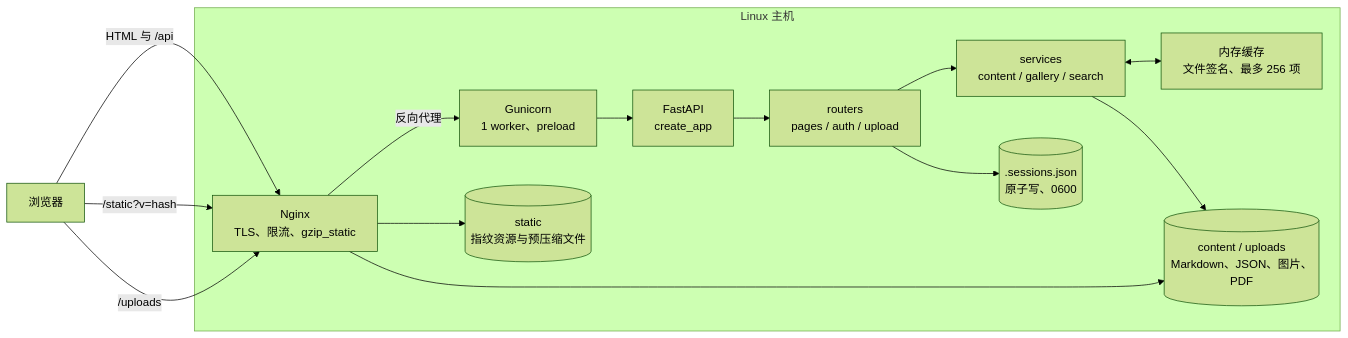
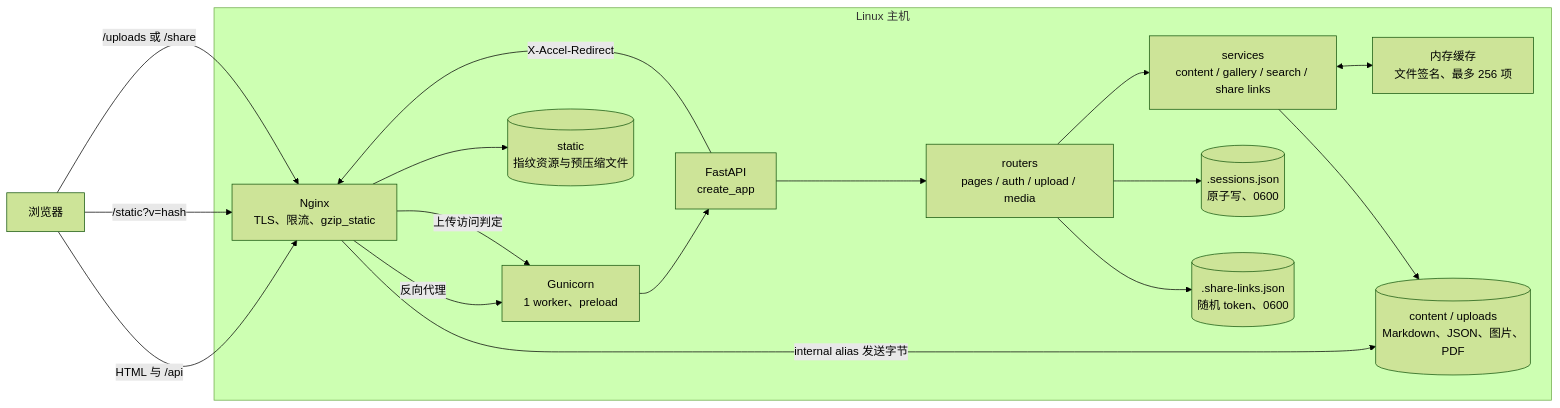
One commit to ForeverHYX/Homepage changed the first of 3 diagrams in docs/ARCHITECTURE.md. Above: the diagram before and after it, drawn with Mermaid (forest theme). The commit also changed other lines of this file and 33 other files, not shown here.

Commit message:
security: enforce private uploads with share links

````diff
--- a/docs/ARCHITECTURE.md
+++ b/docs/ARCHITECTURE.md
@@ -5,29 +5,33 @@
 ```mermaid
 flowchart LR
     Browser[浏览器]
 
     subgraph Host[Linux 主机]
         Nginx[Nginx<br/>TLS、限流、gzip_static]
         Gunicorn[Gunicorn<br/>1 worker、preload]
         FastAPI[FastAPI<br/>create_app]
-        Routers[routers<br/>pages / auth / upload]
-        Services[services<br/>content / gallery / search]
+        Routers[routers<br/>pages / auth / upload / media]
+        Services[services<br/>content / gallery / search / share links]
         Cache[内存缓存<br/>文件签名、最多 256 项]
         Static[(static<br/>指纹资源与预压缩文件)]
         Files[(content / uploads<br/>Markdown、JSON、图片、PDF)]
         Sessions[(.sessions.json<br/>原子写、0600)]
+        Shares[(.share-links.json<br/>随机 token、0600)]
     end
 
     Browser -->|HTML 与 /api| Nginx
     Browser -->|/static?v=hash| Nginx
-    Browser -->|/uploads| Nginx
+    Browser -->|/uploads 或 /share| Nginx
     Nginx -->|反向代理| Gunicorn
     Nginx --> Static
-    Nginx --> Files
+    Nginx -->|上传访问判定| Gunicorn
+    FastAPI -->|X-Accel-Redirect| Nginx
+    Nginx -->|internal alias 发送字节| Files
     Gunicorn --> FastAPI
     FastAPI --> Routers
     Routers --> Services
     Services <--> Cache
     Services --> Files
     Routers --> Sessions
+    Routers --> Shares
 ```
````
